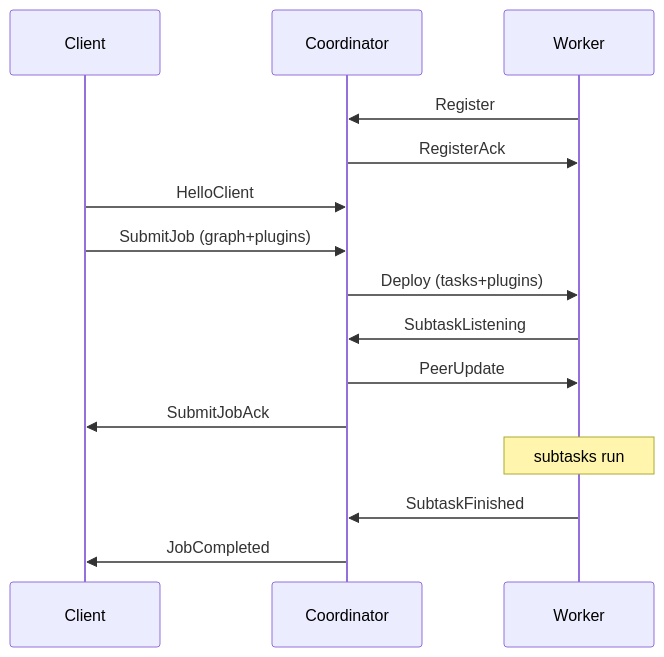
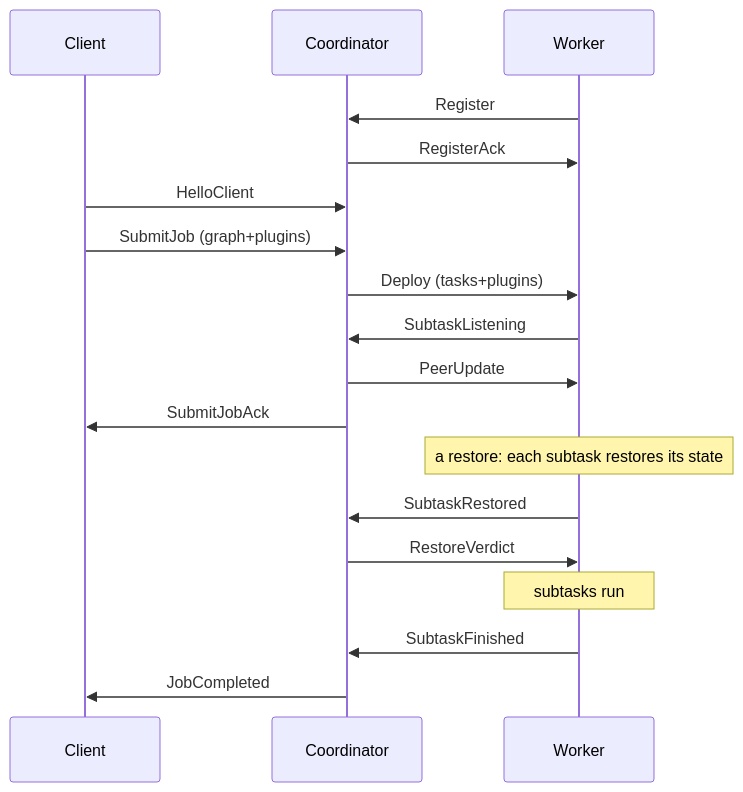
Before and after one commit to orhaugh/clink: the diagram in docs/internals/distributed-runtime.md, drawn with Mermaid. The commit also changed other lines of this file and 39 other files, not shown here.

````diff
--- a/docs/internals/distributed-runtime.md
+++ b/docs/internals/distributed-runtime.md
@@ -88,17 +88,20 @@
 ```mermaid
 sequenceDiagram
   participant C as Client
   participant coordinator as Coordinator
   participant worker as Worker
   worker->>coordinator: Register
   coordinator->>worker: RegisterAck
   C->>coordinator: HelloClient
   C->>coordinator: SubmitJob (graph+plugins)
   coordinator->>worker: Deploy (tasks+plugins)
   worker->>coordinator: SubtaskListening
   coordinator->>worker: PeerUpdate
   coordinator->>C: SubmitJobAck
+  Note over worker: a restore: each subtask restores its state
+  worker->>coordinator: SubtaskRestored
+  coordinator->>worker: RestoreVerdict
   Note over worker: subtasks run
   worker->>coordinator: SubtaskFinished
   coordinator->>C: JobCompleted
 ```
````
